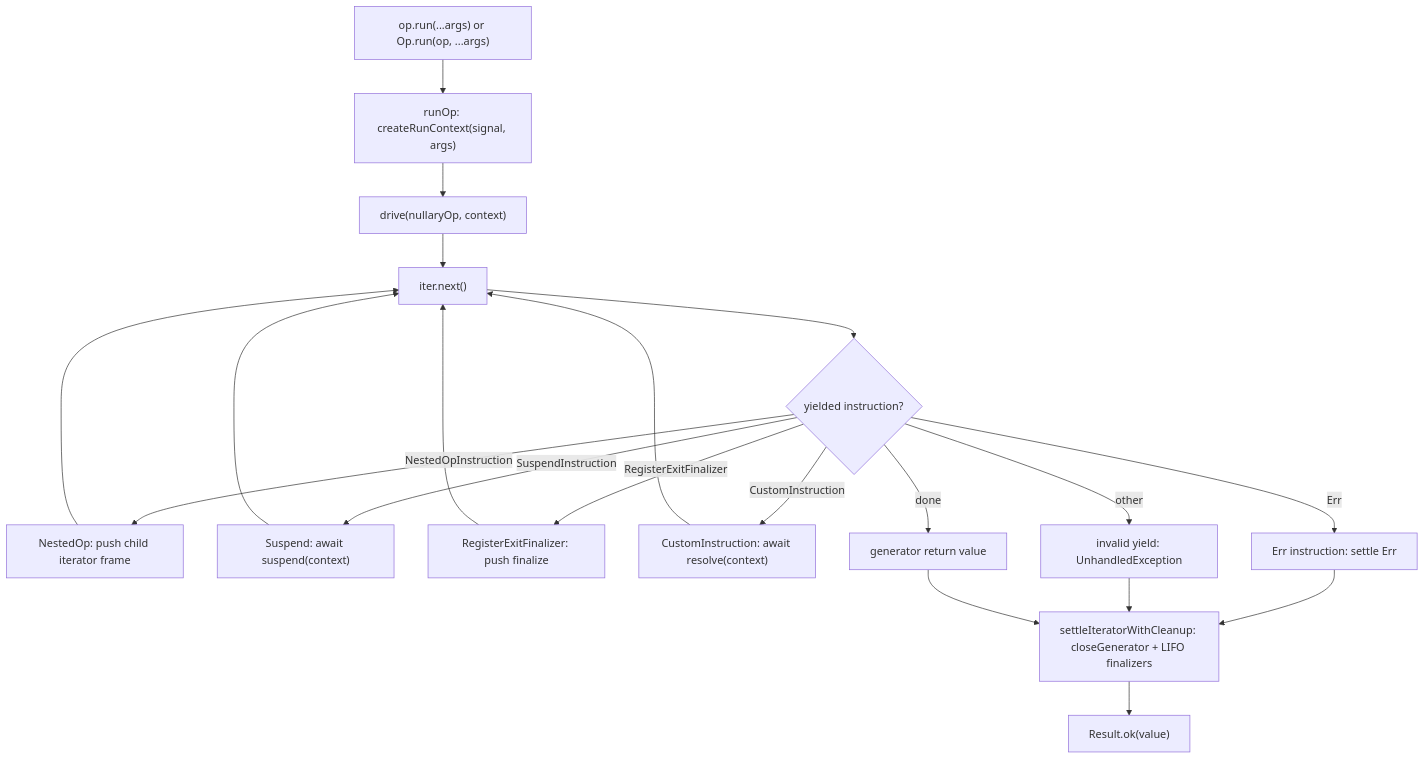
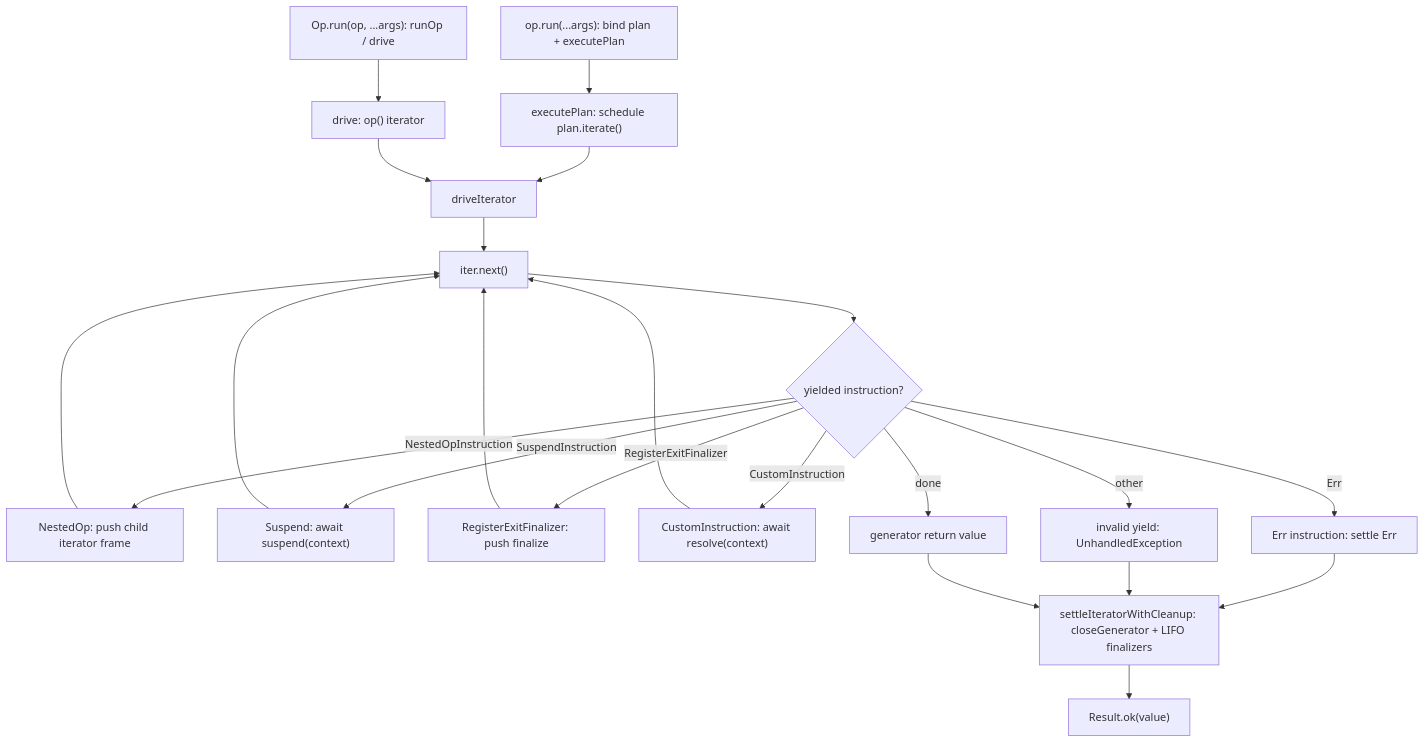
Before and after one commit to trvswgnr/prodkit: the diagram in docs/contributor/runtime-architecture.md, drawn with Mermaid. The commit also changed other lines of this file and 2 other files, not shown here.

````diff
--- a/docs/contributor/runtime-architecture.md
+++ b/docs/contributor/runtime-architecture.md
@@ -315,27 +322,30 @@
 ```mermaid
 flowchart TD
-  run["op.run(...args) or Op.run(op, ...args)"]
-  runOp["runOp: createRunContext(signal, args)"]
-  drive["drive(nullaryOp, context)"]
+  instRun["op.run(...args): bind plan + executePlan"]
+  staticRun["Op.run(op, ...args): runOp / drive"]
+  executePlan["executePlan: schedule plan.iterate()"]
+  drive["drive: op() iterator"]
+  driveIterator["driveIterator"]
   next["iter.next()"]
   dispatch{"yielded instruction?"}
   nested["NestedOp: push child iterator frame"]
   suspend["Suspend: await suspend(context)"]
   finalizer["RegisterExitFinalizer: push finalize"]
   custom["CustomInstruction: await resolve(context)"]
   err["Err instruction: settle Err"]
   invalid["invalid yield: UnhandledException"]
   done["generator return value"]
   settle["settleIteratorWithCleanup: closeGenerator + LIFO finalizers"]
   ok["Result.ok(value)"]
 
-  run --> runOp --> drive --> next --> dispatch
+  instRun --> executePlan --> driveIterator --> next --> dispatch
+  staticRun --> drive --> driveIterator
   dispatch -->|NestedOpInstruction| nested --> next
   dispatch -->|SuspendInstruction| suspend --> next
   dispatch -->|RegisterExitFinalizer| finalizer --> next
   dispatch -->|CustomInstruction| custom --> next
   dispatch -->|Err| err --> settle
   dispatch -->|other| invalid --> settle
   dispatch -->|done| done --> settle
   settle --> ok
 ```
````
